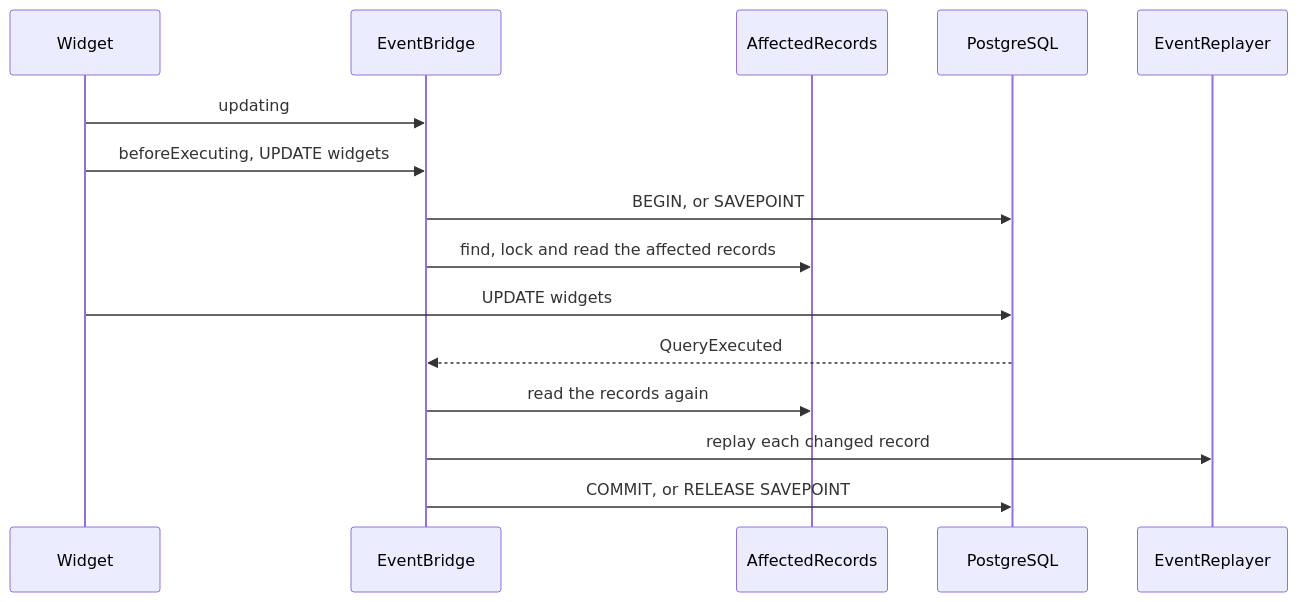
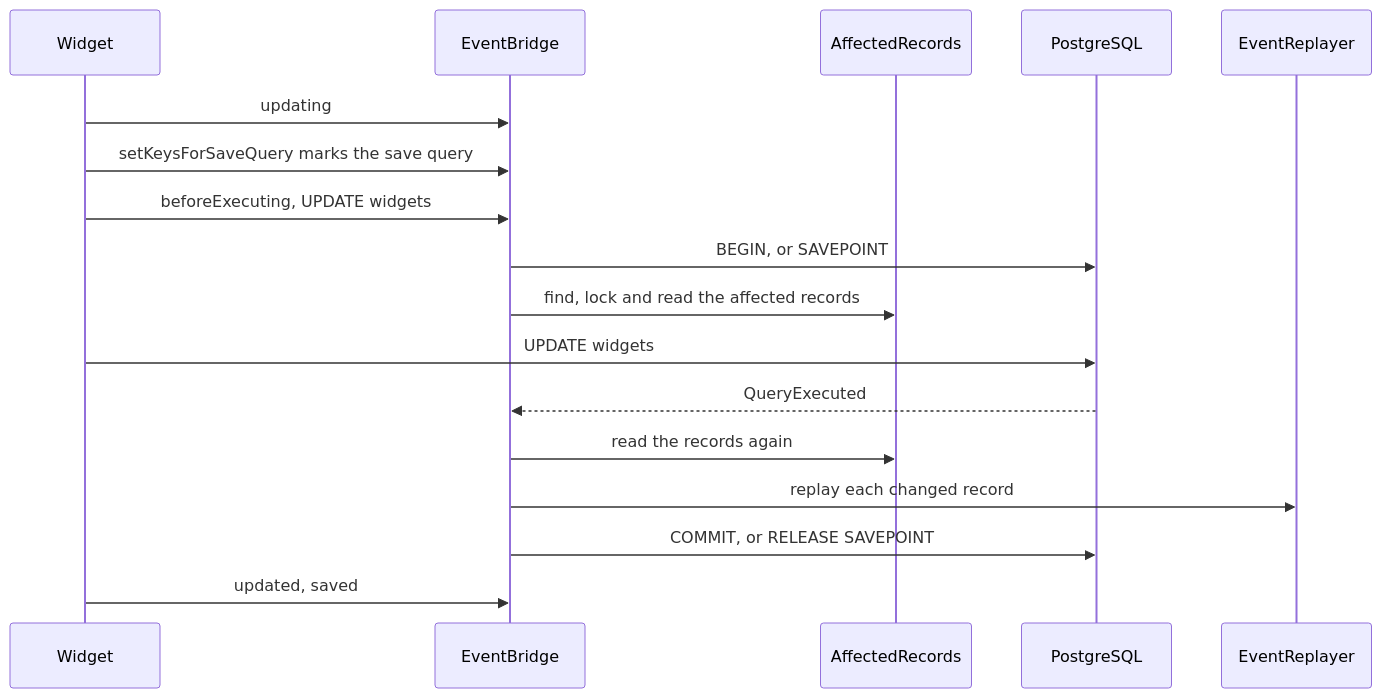
The diagram in docs/flows/mirroring-a-write.md (AryeoHQ/eloquent-compatibility), drawn with Mermaid before and after one commit. The commit also changed other lines of this file and 35 other files, not shown here.

````diff
--- a/docs/flows/mirroring-a-write.md
+++ b/docs/flows/mirroring-a-write.md
@@ -5,17 +5,19 @@
 ```mermaid
 sequenceDiagram
   participant Widget
   participant Bridge as EventBridge
   participant Records as AffectedRecords
   participant Database as PostgreSQL
   participant Replayer as EventReplayer
   Widget->>Bridge: updating
+  Widget->>Bridge: setKeysForSaveQuery marks the save query
   Widget->>Bridge: beforeExecuting, UPDATE widgets
   Bridge->>Database: BEGIN, or SAVEPOINT
   Bridge->>Records: find, lock and read the affected records
   Widget->>Database: UPDATE widgets
   Database-->>Bridge: QueryExecuted
   Bridge->>Records: read the records again
   Bridge->>Replayer: replay each changed record
   Bridge->>Database: COMMIT, or RELEASE SAVEPOINT
+  Widget->>Bridge: updated, saved
 ```
````
